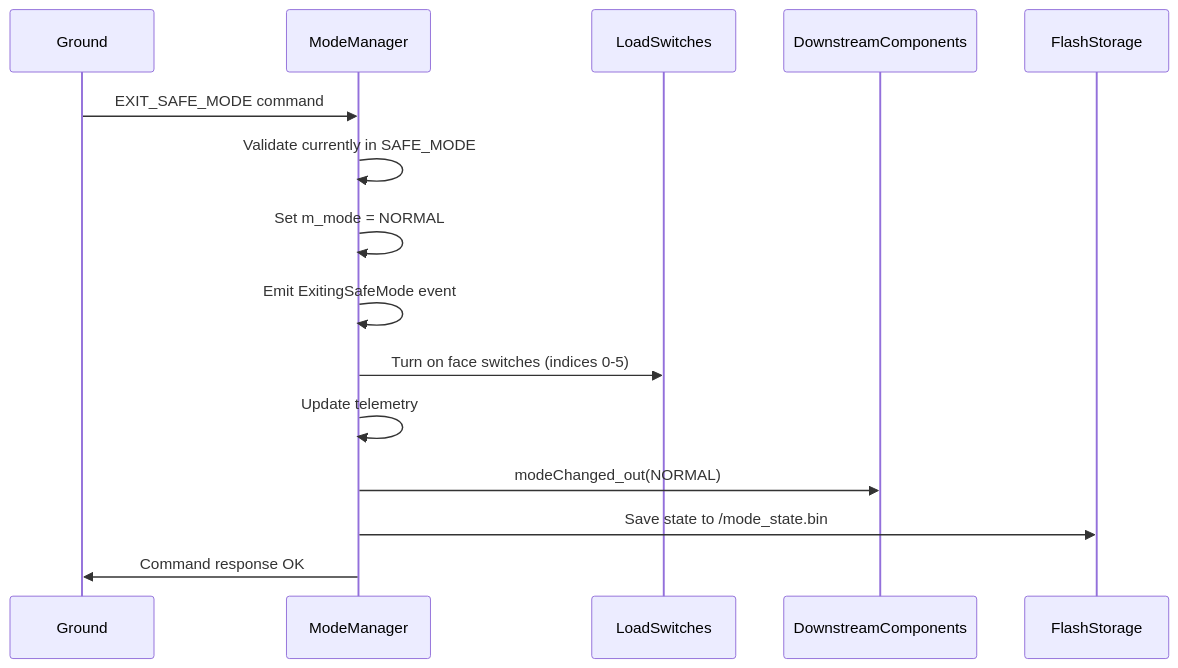
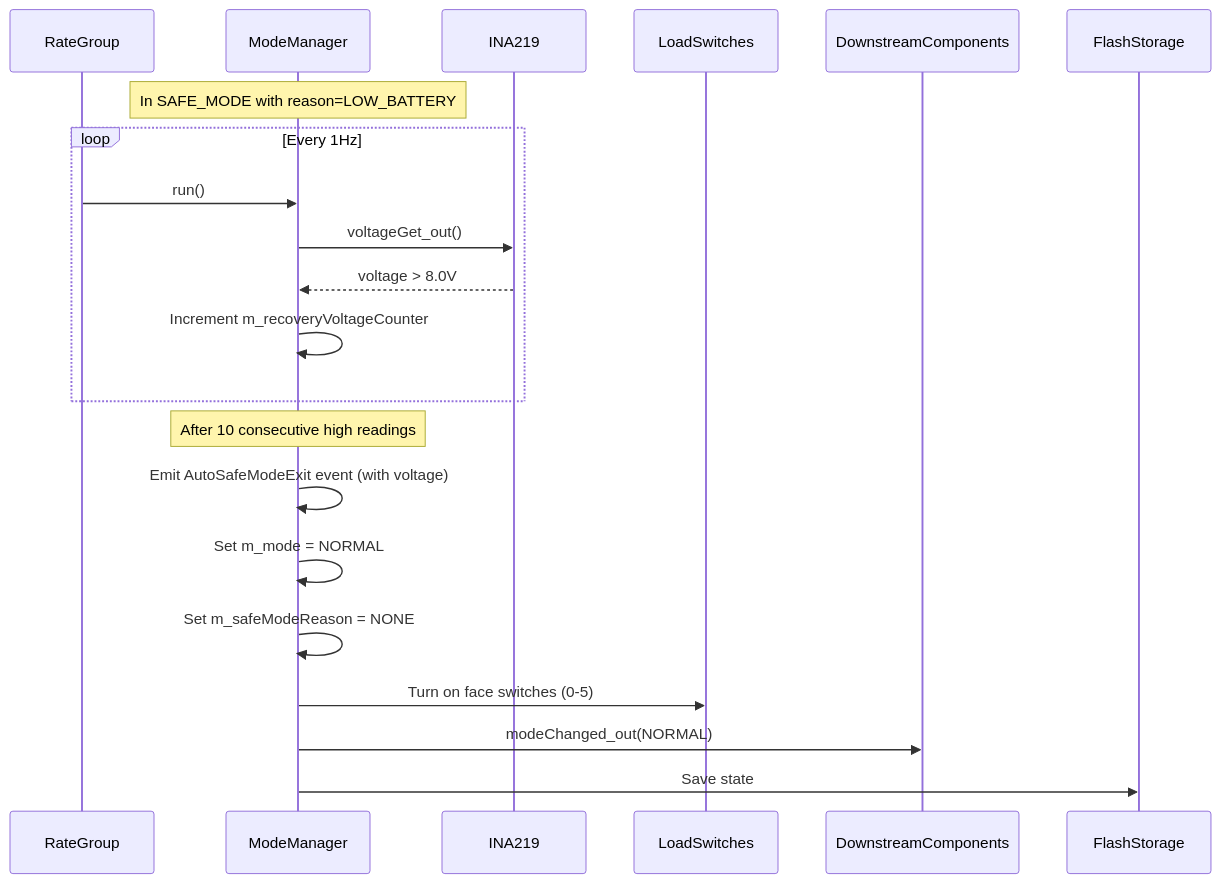
Before and after one commit to Open-Source-Space-Foundation/proves-core-reference: the fourth of 7 diagrams in FprimeZephyrReference/Components/ModeManager/docs/sdd.md, drawn with Mermaid. The commit also changed other lines of this file and 9 other files, not shown here.

Commit message:
re-implement safe and normal mode auto switch

````diff
--- a/FprimeZephyrReference/Components/ModeManager/docs/sdd.md
+++ b/FprimeZephyrReference/Components/ModeManager/docs/sdd.md
@@ -220,18 +239,24 @@
 ```mermaid
 sequenceDiagram
-    participant Ground
+    participant RateGroup
     participant ModeManager
+    participant INA219
     participant LoadSwitches
     participant DownstreamComponents
     participant FlashStorage
 
-    Ground->>ModeManager: EXIT_SAFE_MODE command
-    ModeManager->>ModeManager: Validate currently in SAFE_MODE
+    Note over ModeManager: In SAFE_MODE with reason=LOW_BATTERY
+    loop Every 1Hz
+        RateGroup->>ModeManager: run()
+        ModeManager->>INA219: voltageGet_out()
+        INA219-->>ModeManager: voltage > 8.0V
+        ModeManager->>ModeManager: Increment m_recoveryVoltageCounter
+    end
+    Note over ModeManager: After 10 consecutive high readings
+    ModeManager->>ModeManager: Emit AutoSafeModeExit event (with voltage)
     ModeManager->>ModeManager: Set m_mode = NORMAL
-    ModeManager->>ModeManager: Emit ExitingSafeMode event
-    ModeManager->>LoadSwitches: Turn on face switches (indices 0-5)
-    ModeManager->>ModeManager: Update telemetry
+    ModeManager->>ModeManager: Set m_safeModeReason = NONE
+    ModeManager->>LoadSwitches: Turn on face switches (0-5)
     ModeManager->>DownstreamComponents: modeChanged_out(NORMAL)
-    ModeManager->>FlashStorage: Save state to /mode_state.bin
-    ModeManager->>Ground: Command response OK
+    ModeManager->>FlashStorage: Save state
 ```
````
